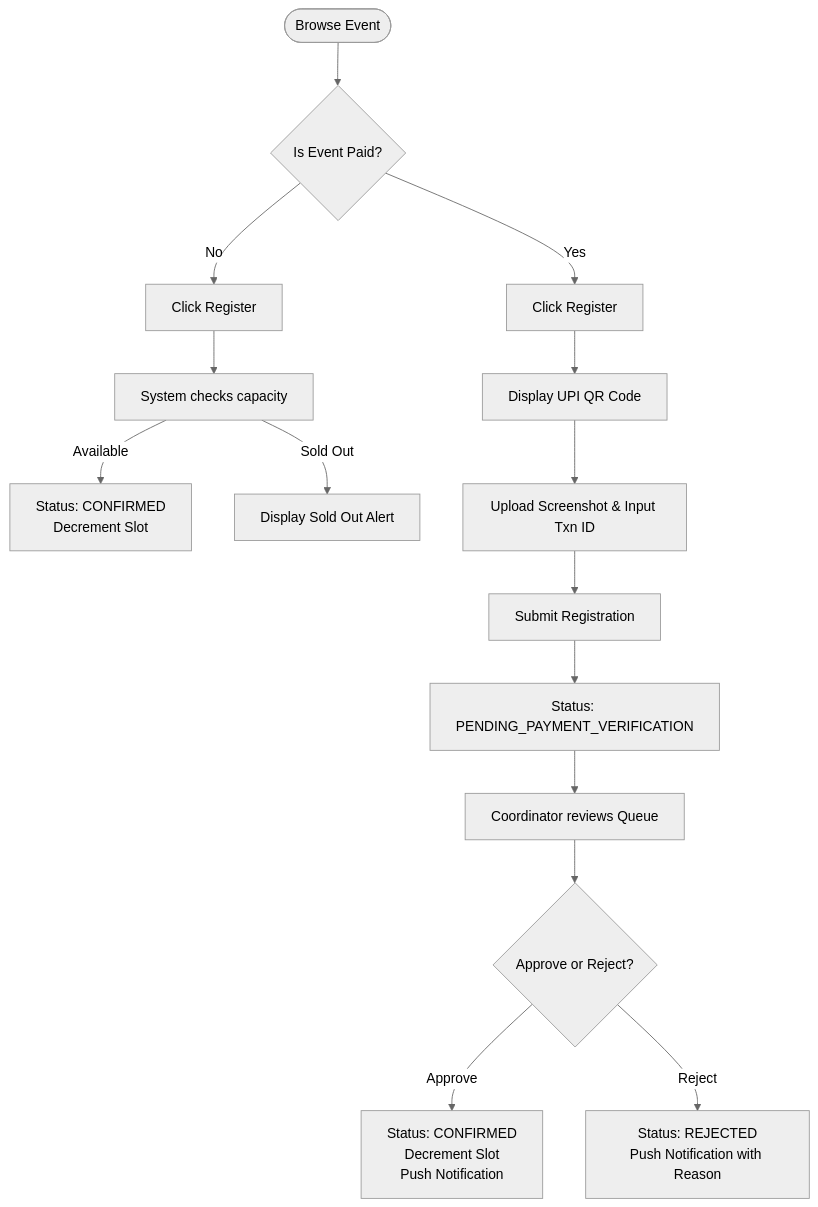
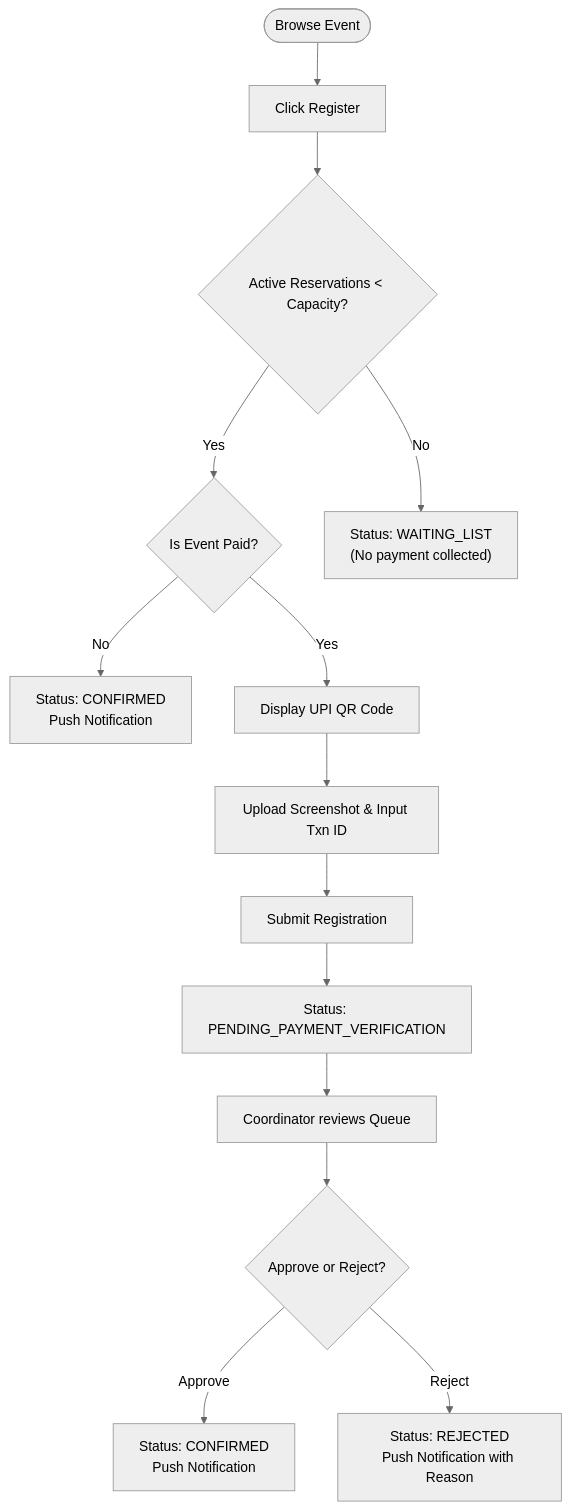
One commit to pec-developers/pec-events-app changed the first of 2 diagrams in docs/prd.md. Above: the diagram before and after it, drawn with Mermaid (neutral theme). The commit also changed other lines of this file and 11 other files, not shown here.

First line of the commit message:
docs(specs): define hierarchical roles & FCFS waiting list specifications

````diff
--- a/docs/prd.md
+++ b/docs/prd.md
@@ -42,18 +57,18 @@
 ```mermaid
 flowchart TD
-    A([Browse Event]) --> B{Is Event Paid?}
-    B -- No --> C[Click Register]
-    C --> D[System checks capacity]
-    D -- Available --> E["Status: CONFIRMED<br/>Decrement Slot"]
-    D -- Sold Out --> F[Display Sold Out Alert]
+    A([Browse Event]) --> B[Click Register]
+    B --> C{Active Reservations < Capacity?}
     
-    B -- Yes --> G[Click Register]
-    G --> H[Display UPI QR Code]
-    H --> I[Upload Screenshot & Input Txn ID]
-    I --> J[Submit Registration]
-    J --> K[Status: PENDING_PAYMENT_VERIFICATION]
-    K --> L[Coordinator reviews Queue]
-    L --> M{Approve or Reject?}
-    M -- Approve --> N["Status: CONFIRMED<br/>Decrement Slot<br/>Push Notification"]
-    M -- Reject --> O["Status: REJECTED<br/>Push Notification with Reason"]
+    C -- Yes --> D{Is Event Paid?}
+    D -- No --> E["Status: CONFIRMED<br/>Push Notification"]
+    D -- Yes --> F[Display UPI QR Code]
+    F --> G[Upload Screenshot & Input Txn ID]
+    G --> H[Submit Registration]
+    H --> I[Status: PENDING_PAYMENT_VERIFICATION]
+    I --> J[Coordinator reviews Queue]
+    J --> K{Approve or Reject?}
+    K -- Approve --> L["Status: CONFIRMED<br/>Push Notification"]
+    K -- Reject --> M["Status: REJECTED<br/>Push Notification with Reason"]
+
+    C -- No --> N["Status: WAITING_LIST<br/>(No payment collected)"]
 ```
````
